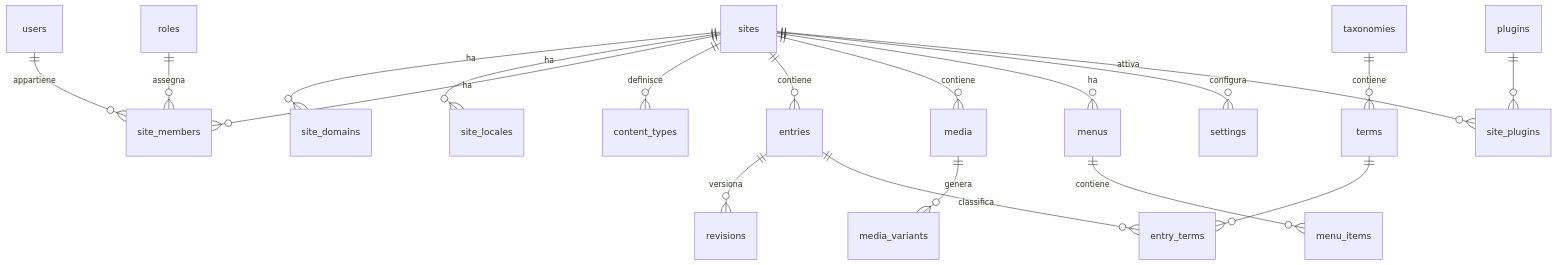
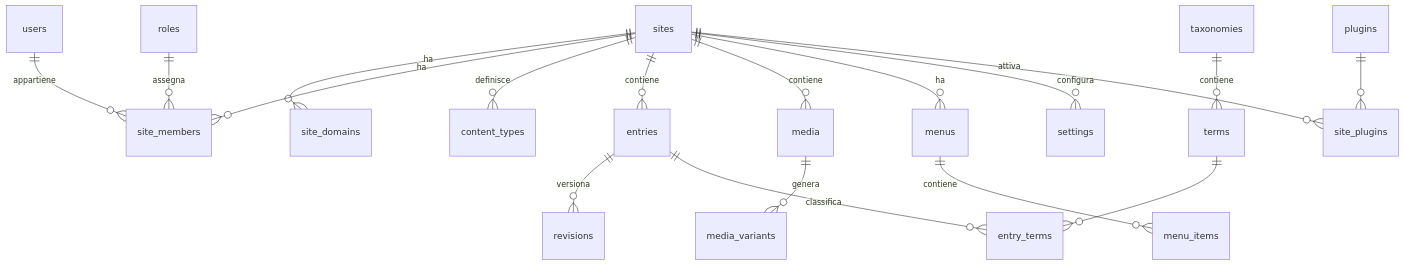
The second of 6 diagrams in docs/it/ARCHITETTURA.md (faghy/cleitext), drawn with Mermaid before and after one commit. The commit also changed other lines of this file and 77 other files, not shown here.

````diff
--- a/docs/it/ARCHITETTURA.md
+++ b/docs/it/ARCHITETTURA.md
@@ -241,21 +241,20 @@
 ```mermaid
 erDiagram
     sites ||--o{ site_domains : ha
-    sites ||--o{ site_locales : ha
     sites ||--o{ site_members : ha
     users ||--o{ site_members : appartiene
     roles ||--o{ site_members : assegna
     sites ||--o{ content_types : definisce
     sites ||--o{ entries : contiene
     entries ||--o{ revisions : versiona
     entries ||--o{ entry_terms : classifica
     terms ||--o{ entry_terms : ""
     taxonomies ||--o{ terms : contiene
     sites ||--o{ media : contiene
     media ||--o{ media_variants : genera
     sites ||--o{ menus : ha
     menus ||--o{ menu_items : contiene
     sites ||--o{ settings : configura
     sites ||--o{ site_plugins : attiva
     plugins ||--o{ site_plugins : ""
 ```
````
